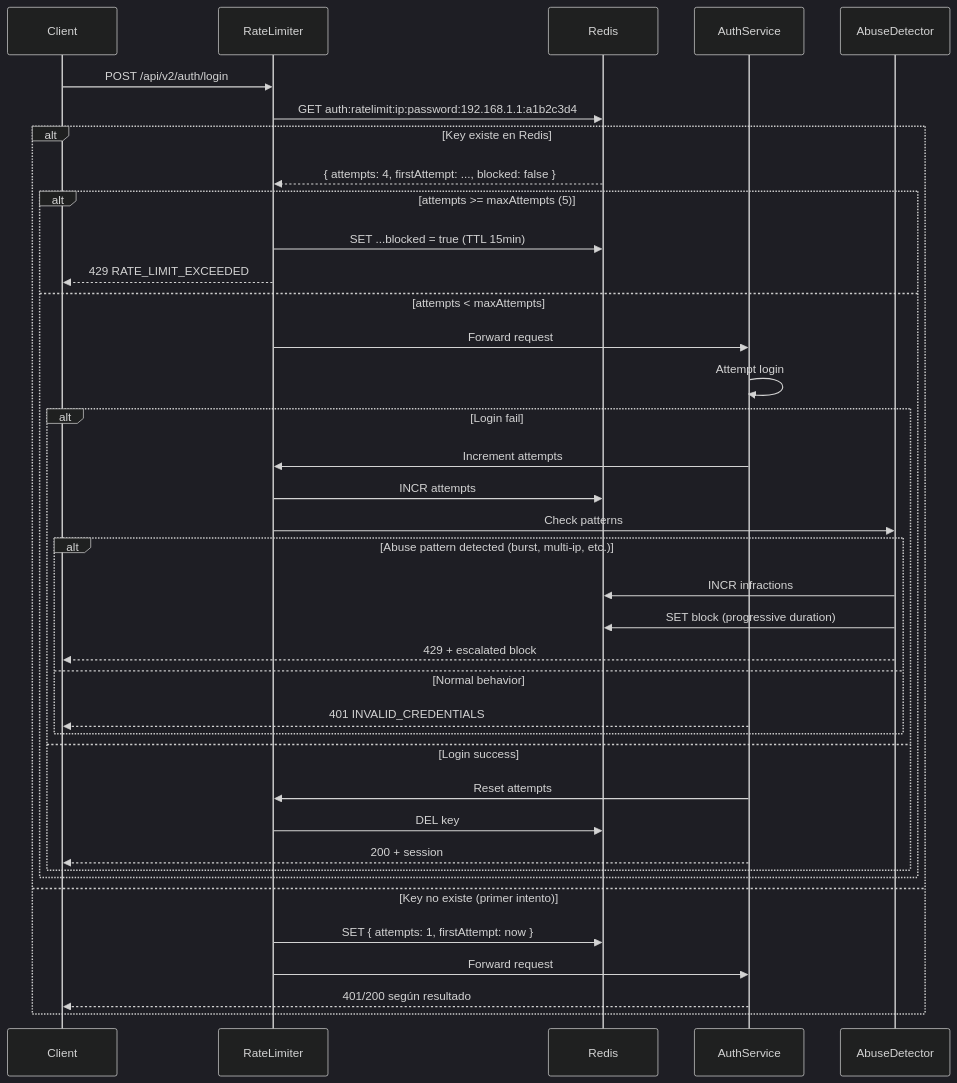
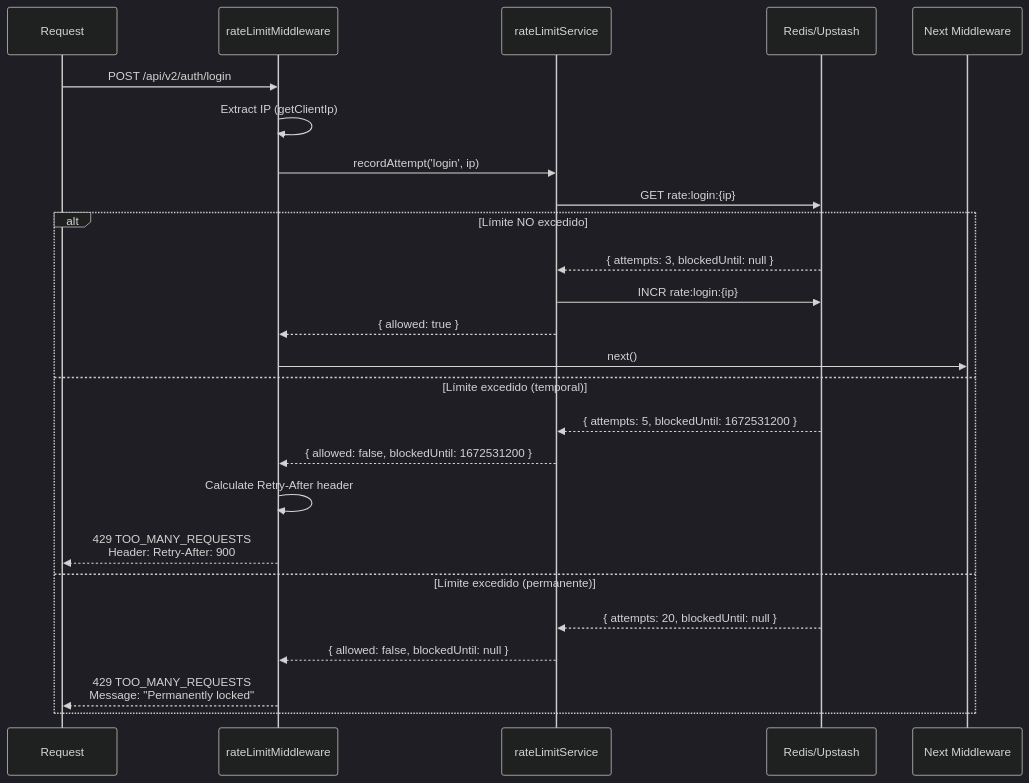
The first of 2 diagrams in docs/nodes-v2/auth/rate-limiting.md (Eibon7/roastr-ai), drawn with Mermaid (dark theme) before and after one commit. The commit also changed other lines of this file and 16 other files, not shown here.

First line of the commit message:
feat(ROA-403): Complete Auth Infra v2 - sessionRefresh, health endpoint, OAuth infra (#1233)

````diff
--- a/docs/nodes-v2/auth/rate-limiting.md
+++ b/docs/nodes-v2/auth/rate-limiting.md
@@ -209,45 +109,29 @@
 ```mermaid
 sequenceDiagram
-    participant Client
-    participant RateLimiter
-    participant Redis
-    participant AuthService
-    participant AbuseDetector
+    participant Req as Request
+    participant MW as rateLimitMiddleware
+    participant RS as rateLimitService
+    participant Redis as Redis/Upstash
+    participant Next as Next Middleware
 
-    Client->>RateLimiter: POST /api/v2/auth/login
-    RateLimiter->>Redis: GET auth:ratelimit:ip:password:192.168.1.1:a1b2c3d4
+    Req->>MW: POST /api/v2/auth/login
+    MW->>MW: Extract IP (getClientIp)
+    MW->>RS: recordAttempt('login', ip)
+    RS->>Redis: GET rate:login:{ip}
     
-    alt Key existe en Redis
-        Redis-->>RateLimiter: { attempts: 4, firstAttempt: ..., blocked: false }
-        
-        alt attempts >= maxAttempts (5)
-            RateLimiter->>Redis: SET ...blocked = true (TTL 15min)
-            RateLimiter-->>Client: 429 RATE_LIMIT_EXCEEDED
-        else attempts < maxAttempts
-            RateLimiter->>AuthService: Forward request
-            AuthService->>AuthService: Attempt login
-            
-            alt Login fail
-                AuthService->>RateLimiter: Increment attempts
-                RateLimiter->>Redis: INCR attempts
-                RateLimiter->>AbuseDetector: Check patterns
-                
-                alt Abuse pattern detected (burst, multi-ip, etc.)
-                    AbuseDetector->>Redis: INCR infractions
-                    AbuseDetector->>Redis: SET block (progressive duration)
-                    AbuseDetector-->>Client: 429 + escalated block
-                else Normal behavior
-                    AuthService-->>Client: 401 INVALID_CREDENTIALS
-                end
-            else Login success
-                AuthService->>RateLimiter: Reset attempts
-                RateLimiter->>Redis: DEL key
-                AuthService-->>Client: 200 + session
-            end
-        end
-    else Key no existe (primer intento)
-        RateLimiter->>Redis: SET { attempts: 1, firstAttempt: now }
-        RateLimiter->>AuthService: Forward request
-        AuthService-->>Client: 401/200 según resultado
+    alt Límite NO excedido
+        Redis-->>RS: { attempts: 3, blockedUntil: null }
+        RS->>Redis: INCR rate:login:{ip}
+        RS-->>MW: { allowed: true }
+        MW->>Next: next()
+    else Límite excedido (temporal)
+        Redis-->>RS: { attempts: 5, blockedUntil: 1672531200 }
+        RS-->>MW: { allowed: false, blockedUntil: 1672531200 }
+        MW->>MW: Calculate Retry-After header
+        MW-->>Req: 429 TOO_MANY_REQUESTS<br/>Header: Retry-After: 900
+    else Límite excedido (permanente)
+        Redis-->>RS: { attempts: 20, blockedUntil: null }
+        RS-->>MW: { allowed: false, blockedUntil: null }
+        MW-->>Req: 429 TOO_MANY_REQUESTS<br/>Message: "Permanently locked"
     end
 ```
````
